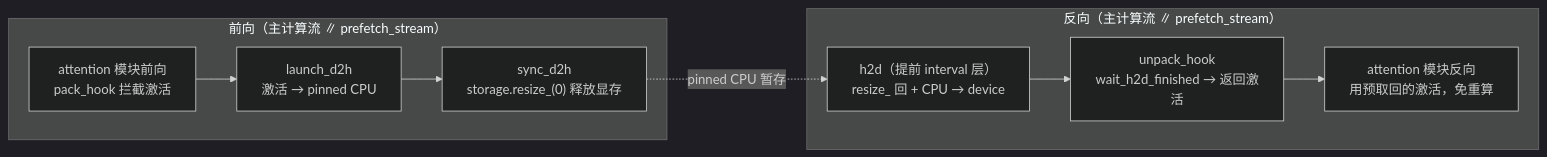
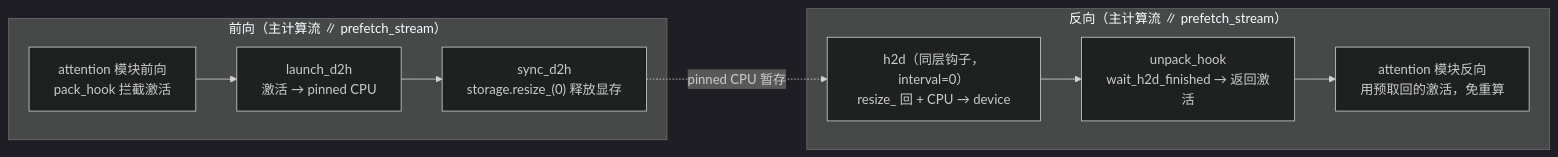
The diagram in knowledge/model/training/concepts/techniques/swap_attention.md (Atlas-Ascend-Fork/cannbot-knowledge), drawn with Mermaid (dark theme) before and after one commit. The commit also changed other lines of this file and 441 other files, not shown here.

````diff
--- a/knowledge/model/training/concepts/techniques/swap_attention.md
+++ b/knowledge/model/training/concepts/techniques/swap_attention.md
@@ -50,16 +51,16 @@
 ```mermaid
 flowchart LR
   subgraph FWD["前向（主计算流 ∥ prefetch_stream）"]
     F1["attention 模块前向<br/>pack_hook 拦截激活"]
     D2H["launch_d2h<br/>激活 → pinned CPU"]
     RS0["sync_d2h<br/>storage.resize_(0) 释放显存"]
     F1 --> D2H --> RS0
   end
   subgraph BWD["反向（主计算流 ∥ prefetch_stream）"]
-    H2D["h2d（提前 interval 层）<br/>resize_ 回 + CPU → device"]
+    H2D["h2d（同层钩子，interval=0）<br/>resize_ 回 + CPU → device"]
     UP["unpack_hook<br/>wait_h2d_finished → 返回激活"]
     B1["attention 模块反向<br/>用预取回的激活，免重算"]
     H2D --> UP --> B1
   end
   RS0 -. "pinned CPU 暂存" .-> H2D
 ```
````
